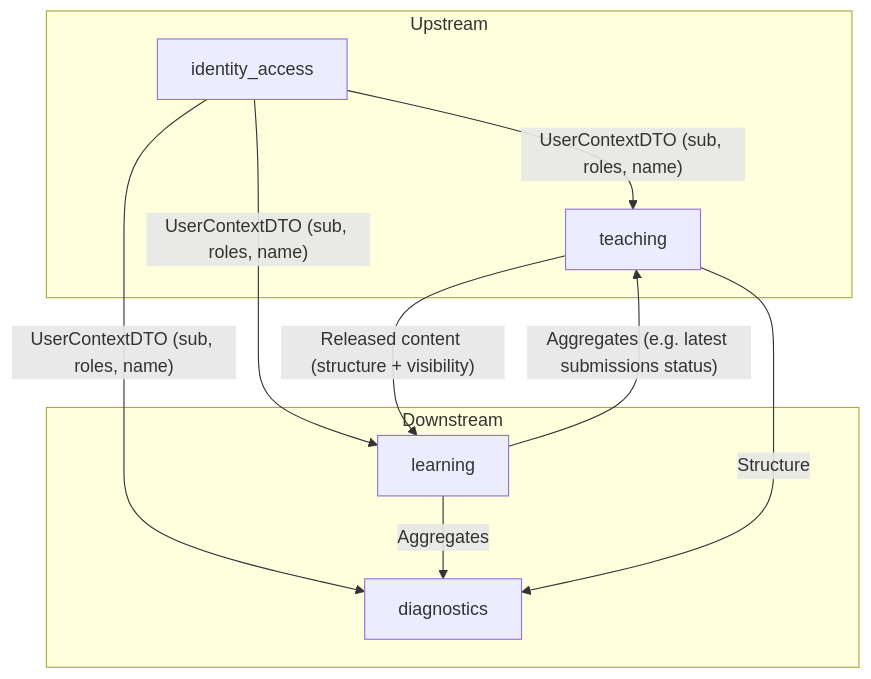
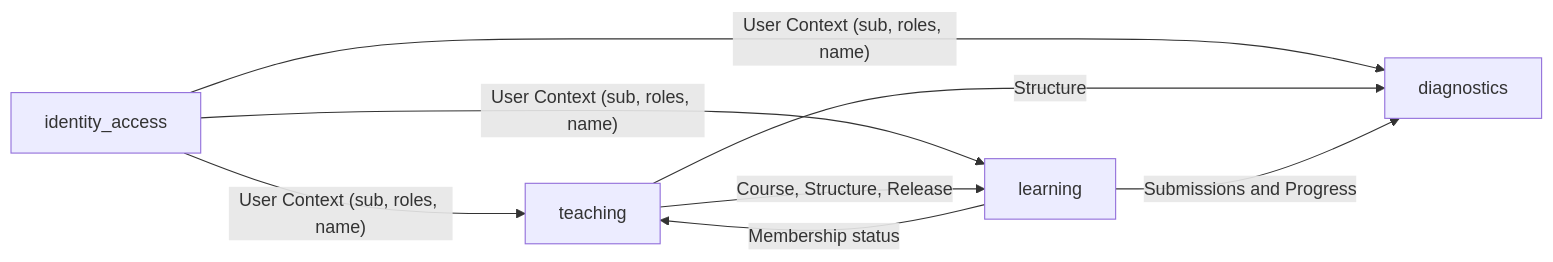
One commit to Rensing1/gustav changed the diagram in docs/bounded_contexts.md. Above: the diagram before and after it, drawn with Mermaid. The commit also changed other lines of this file and 24 other files, not shown here.

````diff
--- a/docs/bounded_contexts.md
+++ b/docs/bounded_contexts.md
@@ -67,22 +87,17 @@
 ```mermaid
-graph TD
-    subgraph "Upstream"
-        identity_access[identity_access]
-        teaching[teaching]
-    end
+flowchart LR
+    identity_access["identity_access"]
+    teaching["teaching"]
+    learning["learning"]
+    diagnostics["diagnostics"]
 
-    subgraph "Downstream"
-        learning[learning]
-        diagnostics[diagnostics]
-    end
+    identity_access -- "User Context (sub, roles, name)" --> teaching
+    identity_access -- "User Context (sub, roles, name)" --> learning
+    identity_access -- "User Context (sub, roles, name)" --> diagnostics
 
-    identity_access -- UserContextDTO (sub, roles, name) --> teaching
-    identity_access -- UserContextDTO (sub, roles, name) --> learning
-    identity_access -- UserContextDTO (sub, roles, name) --> diagnostics
+    teaching -- "Course, Structure, Release" --> learning
+    teaching -- "Structure" --> diagnostics
+    learning -- "Submissions and Progress" --> diagnostics
 
-    teaching -- Released content (structure + visibility) --> learning
-
-    learning -- Aggregates (e.g. latest submissions status) --> teaching
-    learning -- Aggregates --> diagnostics
-    teaching -- Structure --> diagnostics
+    learning -- "Membership status" --> teaching
 ```
````
